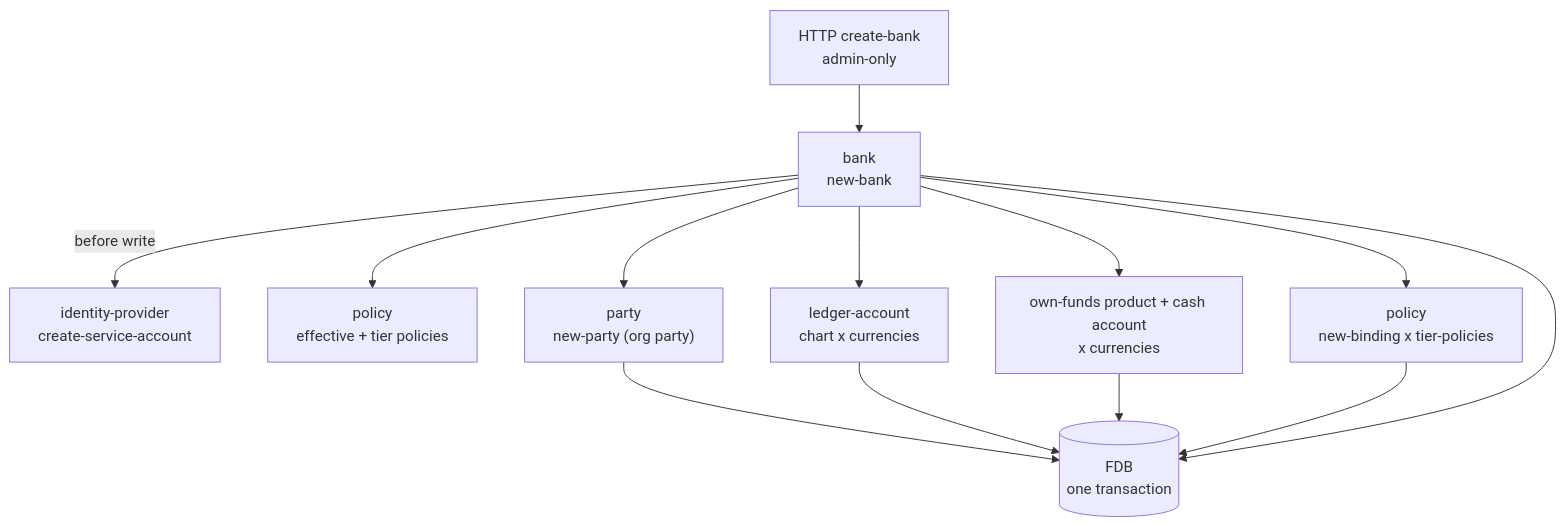
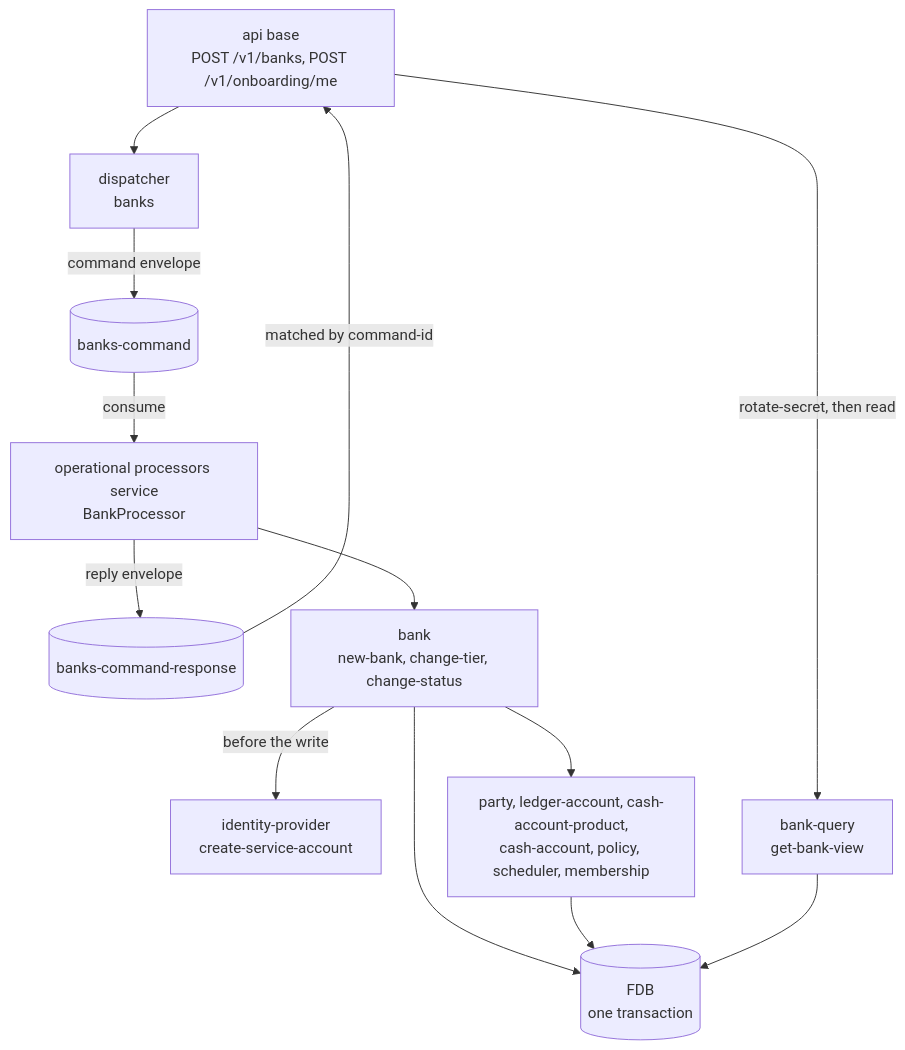
Before and after one commit to repldriven/queenswood: the diagram in docs/tdd/banks.md, drawn with Mermaid. The commit also changed other lines of this file and 24 other files, not shown here.

````diff
--- a/docs/tdd/banks.md
+++ b/docs/tdd/banks.md
@@ -75,25 +84,26 @@
 ```mermaid
 graph TD
-    HTTP["HTTP create-bank<br/>admin-only"]
-    BB["bank<br/>new-bank"]
+    API["api base<br/>POST /v1/banks, POST /v1/onboarding/me"]
+    DISP["dispatcher<br/>banks"]
+    CH[("banks-command")]
+    RCH[("banks-command-response")]
+    PROC["operational processors service<br/>BankProcessor"]
+    CORE["bank<br/>new-bank, change-tier, change-status"]
     IDP["identity-provider<br/>create-service-account"]
-    POL["policy<br/>effective + tier policies"]
-    BP["party<br/>new-party (org party)"]
-    BLA["ledger-account<br/>chart x currencies"]
-    BHA["own-funds product + cash account<br/>x currencies"]
-    BIND["policy<br/>new-binding x tier-policies"]
+    BRICKS["party, ledger-account, cash-account-product,<br/>cash-account, policy, scheduler, membership"]
+    QRY["bank-query<br/>get-bank-view"]
     FDB[("FDB<br/>one transaction")]
 
-    HTTP --> BB
-    BB -->|before write| IDP
-    BB --> POL
-    BB --> BP
-    BB --> BLA
-    BB --> BHA
-    BB --> BIND
-    BP --> FDB
-    BLA --> FDB
-    BHA --> FDB
-    BIND --> FDB
-    BB --> FDB
+    API --> DISP
+    DISP -->|"command envelope"| CH
+    CH -->|consume| PROC
+    PROC --> CORE
+    CORE -->|"before the write"| IDP
+    CORE --> BRICKS
+    CORE --> FDB
+    BRICKS --> FDB
+    PROC -->|"reply envelope"| RCH
+    RCH -->|"matched by command-id"| API
+    API -->|"rotate-secret, then read"| QRY
+    QRY --> FDB
 ```
````
